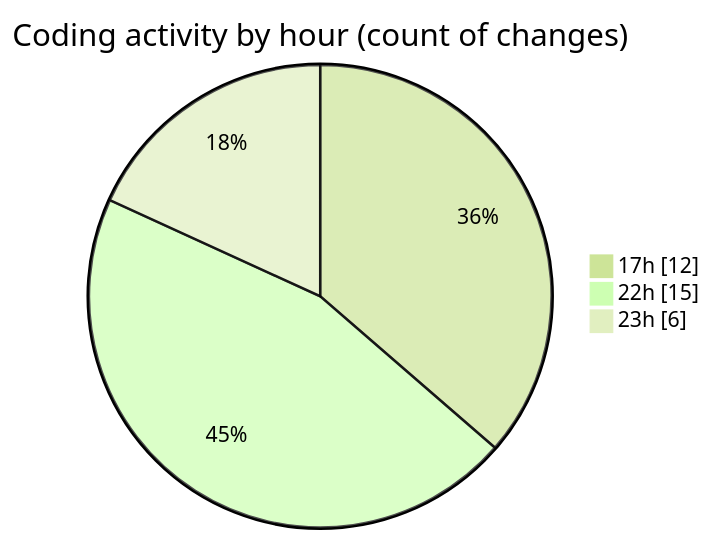
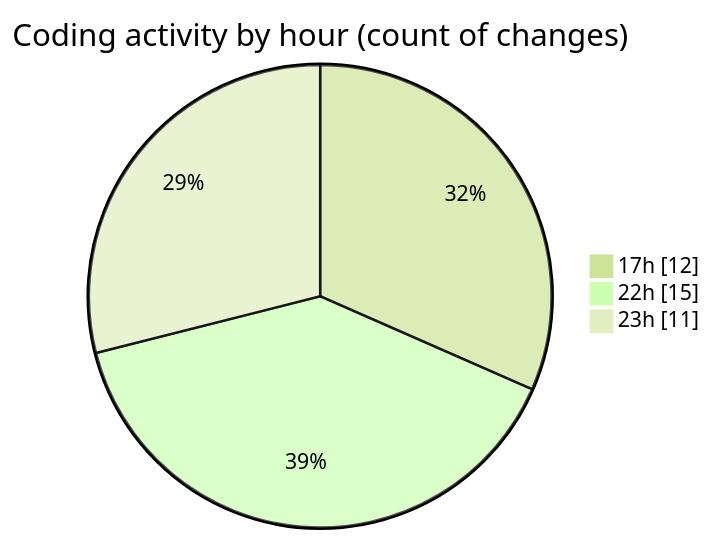
One commit to MatusMokan/code-tracking changed the second of 2 diagrams in 2025-02-25/myws__workspace_/README.md. Above: the diagram before and after it, drawn with Mermaid (forest theme). The commit also changed other lines of this file and 1 other file, not shown here.

````diff
--- a/2025-02-25/myws__workspace_/README.md
+++ b/2025-02-25/myws__workspace_/README.md
@@ -33,7 +34,7 @@
 ```mermaid
 pie showData
 title Coding activity by hour (count of changes)
 "17h" : 12
 "22h" : 15
-"23h" : 6
+"23h" : 11
 ```
````
